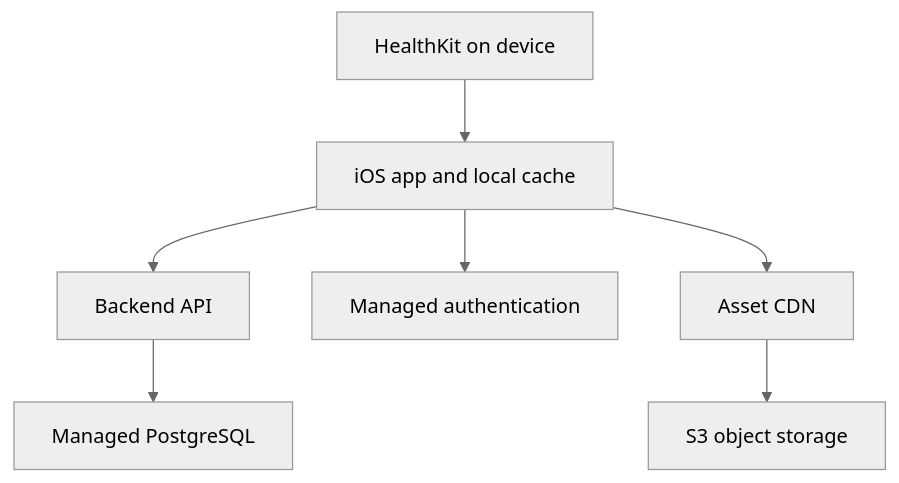
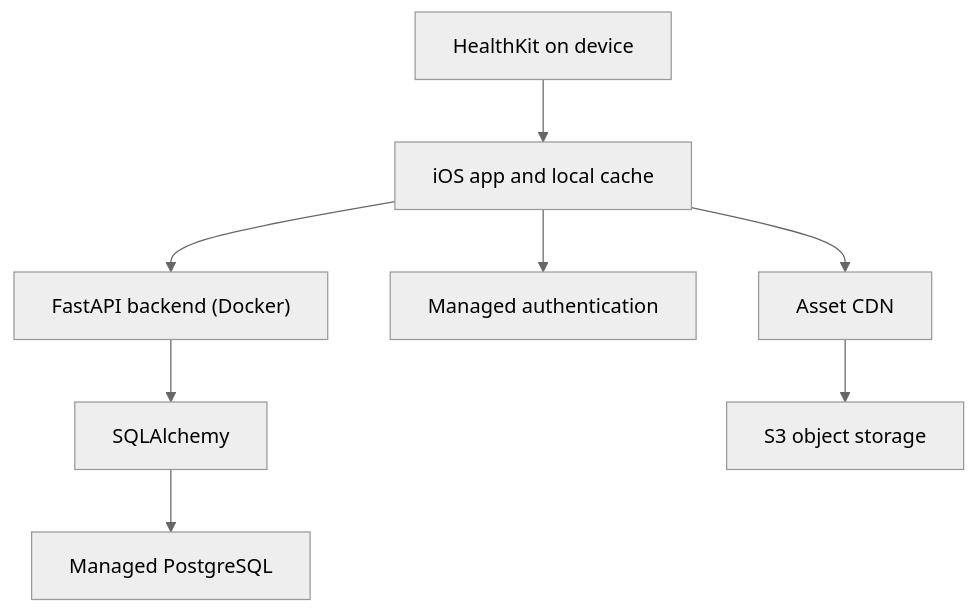
The diagram in forest_game_v1_spec.md (isaacwvh/forest_game), drawn with Mermaid (neutral theme) before and after one commit. The commit also changed other lines of this file and 35 other files, not shown here.

````diff
--- a/forest_game_v1_spec.md
+++ b/forest_game_v1_spec.md
@@ -443,9 +535,10 @@
 ```mermaid
 flowchart TD
     H["HealthKit on device"] --> I["iOS app and local cache"]
-    I --> A["Backend API"]
-    A --> D["Managed PostgreSQL"]
+    I --> A["FastAPI backend (Docker)"]
+    A --> Q["SQLAlchemy"]
+    Q --> D["Managed PostgreSQL"]
     I --> U["Managed authentication"]
     I --> C["Asset CDN"]
     C --> S["S3 object storage"]
 ```
````
